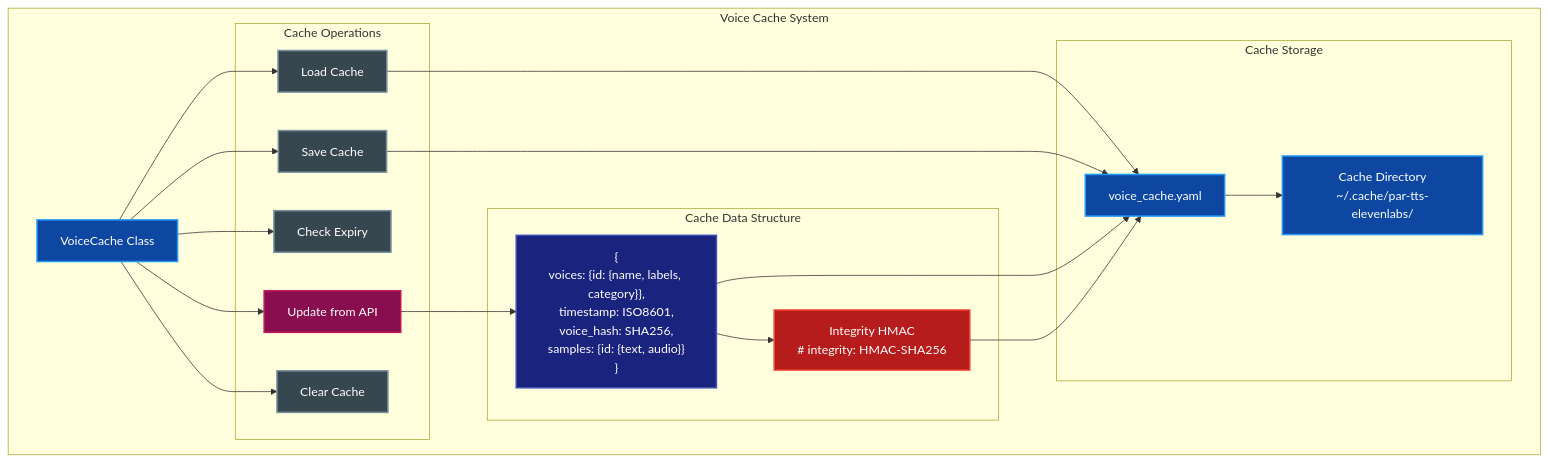
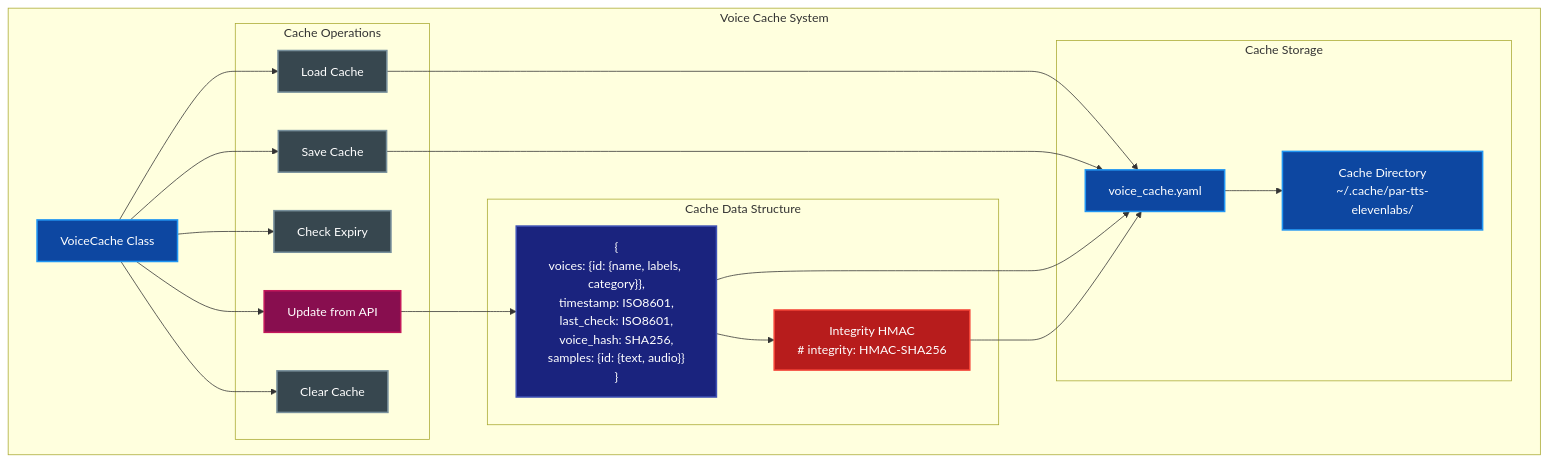
One commit to paulrobello/par-cli-tts changed the seventh of 21 diagrams in docs/ARCHITECTURE.md. Above: the diagram before and after it, drawn with Mermaid. The commit also changed other lines of this file and 3 other files, not shown here.

````diff
--- a/docs/ARCHITECTURE.md
+++ b/docs/ARCHITECTURE.md
@@ -805,49 +895,49 @@
 ```mermaid
 graph TB
     subgraph "Voice Cache System"
         VC[VoiceCache Class]
 
         subgraph "Cache Storage"
             DIR[Cache Directory<br/>~/.cache/par-tts-elevenlabs/]
             FILE[voice_cache.yaml]
         end
 
         subgraph "Cache Operations"
             LOAD[Load Cache]
             SAVE[Save Cache]
             EXPIRE[Check Expiry]
             UPDATE[Update from API]
             CLEAR[Clear Cache]
         end
 
         subgraph "Cache Data Structure"
-            DATA["{<br/>voices: {id: {name, labels, category}},<br/>timestamp: ISO8601,<br/>voice_hash: SHA256,<br/>samples: {id: {text, audio}}<br/>}"]
+            DATA["{<br/>voices: {id: {name, labels, category}},<br/>timestamp: ISO8601,<br/>last_check: ISO8601,<br/>voice_hash: SHA256,<br/>samples: {id: {text, audio}}<br/>}"]
             HMAC[Integrity HMAC<br/># integrity: HMAC-SHA256]
         end
     end
 
     VC --> LOAD
     VC --> SAVE
     VC --> EXPIRE
     VC --> UPDATE
     VC --> CLEAR
 
     LOAD --> FILE
     SAVE --> FILE
     UPDATE --> DATA
     DATA --> FILE
     DATA --> HMAC
     HMAC --> FILE
     FILE --> DIR
 
     style VC fill:#0d47a1,stroke:#2196f3,stroke-width:2px,color:#ffffff
     style DIR fill:#0d47a1,stroke:#2196f3,stroke-width:2px,color:#ffffff
     style FILE fill:#0d47a1,stroke:#2196f3,stroke-width:2px,color:#ffffff
     style LOAD fill:#37474f,stroke:#78909c,stroke-width:2px,color:#ffffff
     style SAVE fill:#37474f,stroke:#78909c,stroke-width:2px,color:#ffffff
     style EXPIRE fill:#37474f,stroke:#78909c,stroke-width:2px,color:#ffffff
     style UPDATE fill:#880e4f,stroke:#c2185b,stroke-width:2px,color:#ffffff
     style CLEAR fill:#37474f,stroke:#78909c,stroke-width:2px,color:#ffffff
     style DATA fill:#1a237e,stroke:#3f51b5,stroke-width:2px,color:#ffffff
     style HMAC fill:#b71c1c,stroke:#f44336,stroke-width:2px,color:#ffffff
 ```
````
